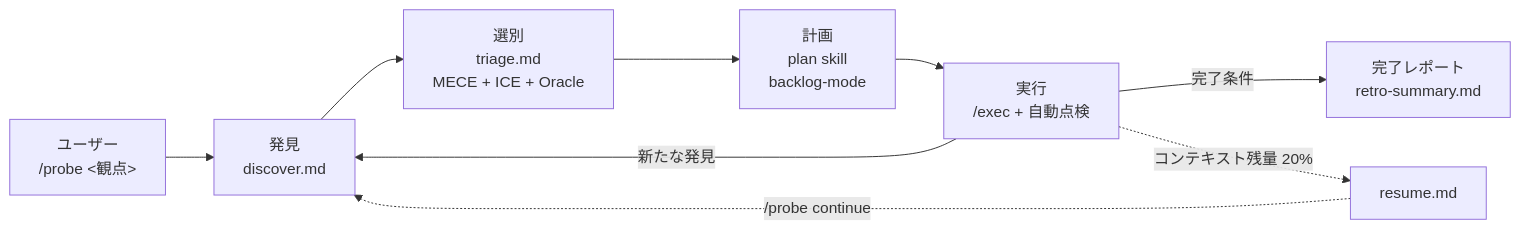
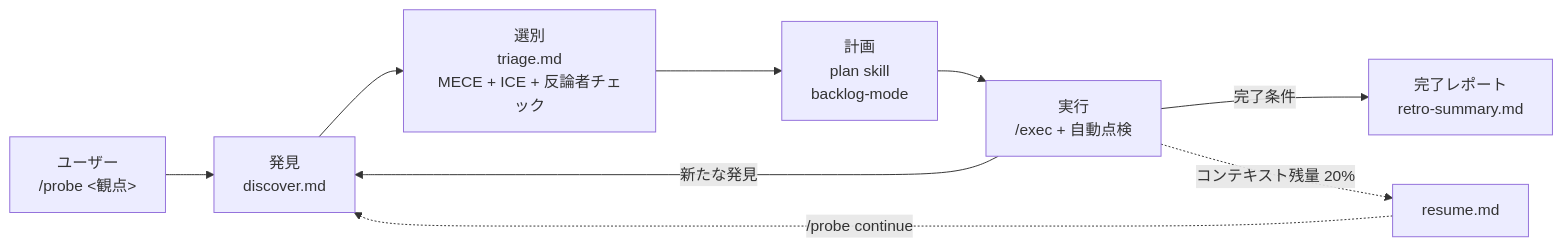
One commit to NAM-MAN/takumi changed the first of 2 diagrams in skills/takumi/probe/README.md. Above: the diagram before and after it, drawn with Mermaid. The commit also changed other lines of this file and 7 other files, not shown here.

First line of the commit message:
docs: probe の mermaid 描画エラー修正と「オラクル」表現の平易化

````diff
--- a/skills/takumi/probe/README.md
+++ b/skills/takumi/probe/README.md
@@ -54,11 +54,11 @@
 ```mermaid
 flowchart LR
     U[ユーザー<br/>/probe &lt;観点&gt;] --> D[発見<br/>discover.md]
-    D --> T[選別<br/>triage.md<br/>MECE + ICE + Oracle]
+    D --> T[選別<br/>triage.md<br/>MECE + ICE + 反論者チェック]
     T --> P[計画<br/>plan skill<br/>backlog-mode]
     P --> E[実行<br/>/exec + 自動点検]
     E -->|新たな発見| D
     E -->|完了条件| F[完了レポート<br/>retro-summary.md]
     E -.コンテキスト残量 20%.-> R[resume.md]
     R -.->|/probe continue| D
 ```
````
